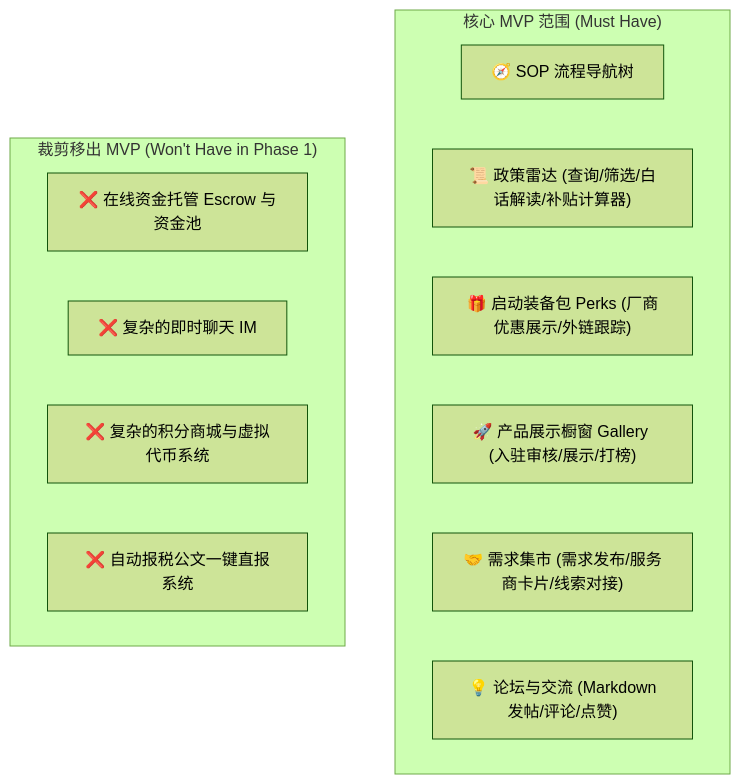
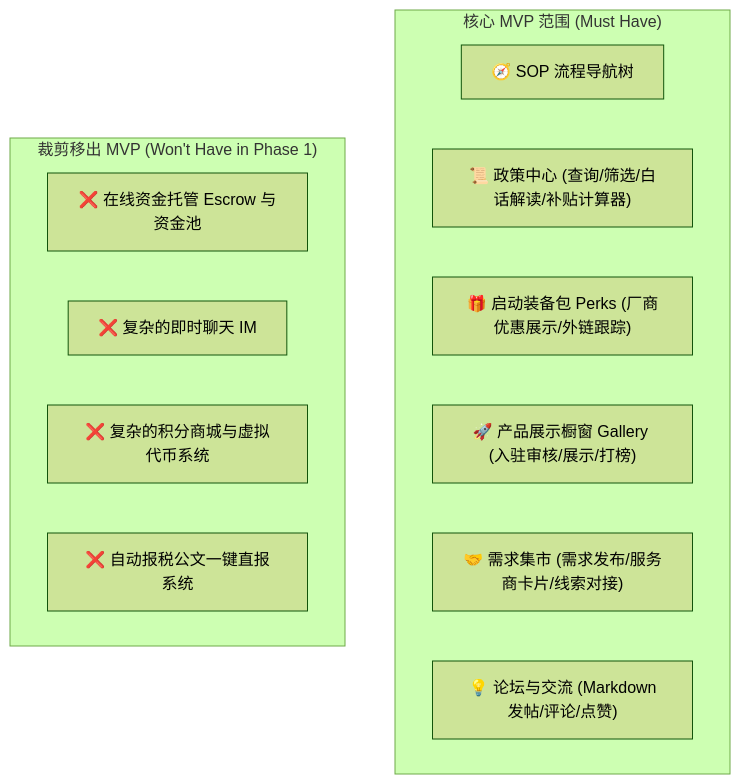
The diagram in hs_dev_docs/_02_feature_spec/_01_human_prd/opchub_mvp_prd.md (zhaoxuan-inside/OpcHub), drawn with Mermaid (forest theme) before and after one commit. The commit also changed other lines of this file and 21 other files, not shown here.

````diff
--- a/hs_dev_docs/_02_feature_spec/_01_human_prd/opchub_mvp_prd.md
+++ b/hs_dev_docs/_02_feature_spec/_01_human_prd/opchub_mvp_prd.md
@@ -60,17 +60,17 @@
 ```mermaid
 flowchart TD
     subgraph MustHave["核心 MVP 范围 (Must Have)"]
         M1["🧭 SOP 流程导航树"]
-        M2["📜 政策雷达 (查询/筛选/白话解读/补贴计算器)"]
+        M2["📜 政策中心 (查询/筛选/白话解读/补贴计算器)"]
         M3["🎁 启动装备包 Perks (厂商优惠展示/外链跟踪)"]
         M4["🚀 产品展示橱窗 Gallery (入驻审核/展示/打榜)"]
         M5["🤝 需求集市 (需求发布/服务商卡片/线索对接)"]
         M6["💡 论坛与交流 (Markdown发帖/评论/点赞)"]
     end
     subgraph Wonthave["裁剪移出 MVP (Won't Have in Phase 1)"]
         W1["❌ 在线资金托管 Escrow 与资金池"]
         W2["❌ 复杂的即时聊天 IM"]
         W3["❌ 复杂的积分商城与虚拟代币系统"]
         W4["❌ 自动报税公文一键直报系统"]
     end
 ```
````
